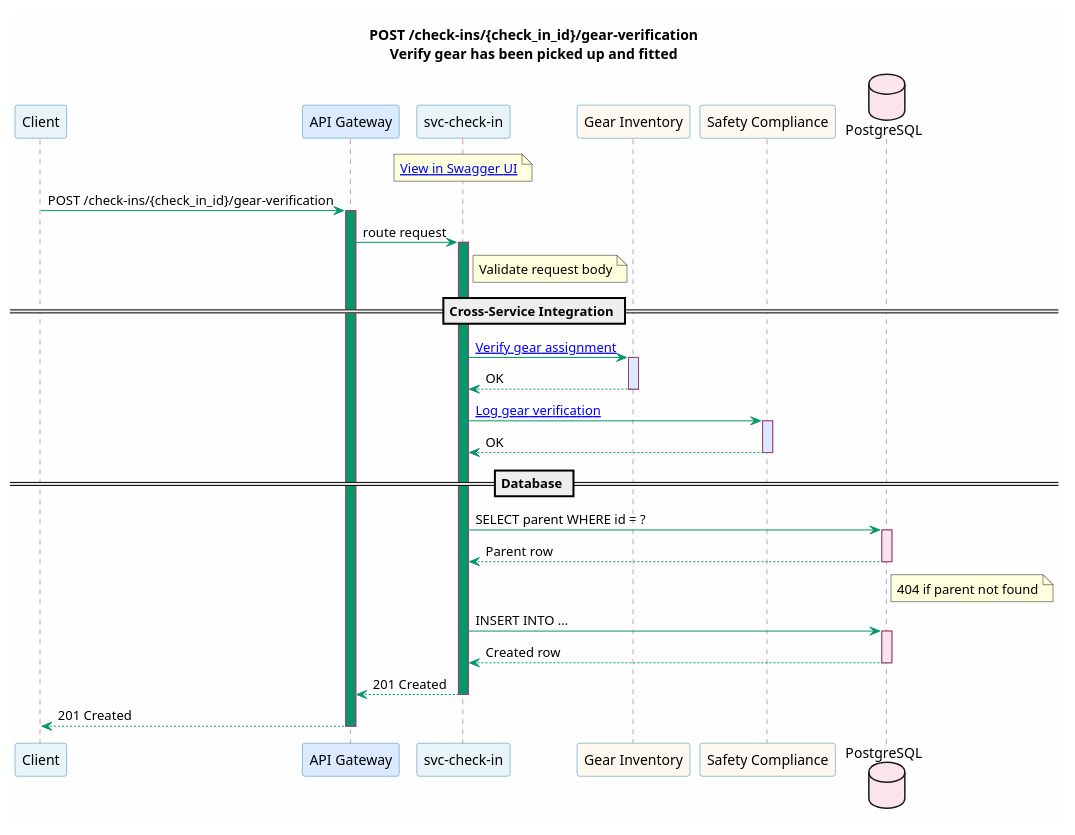
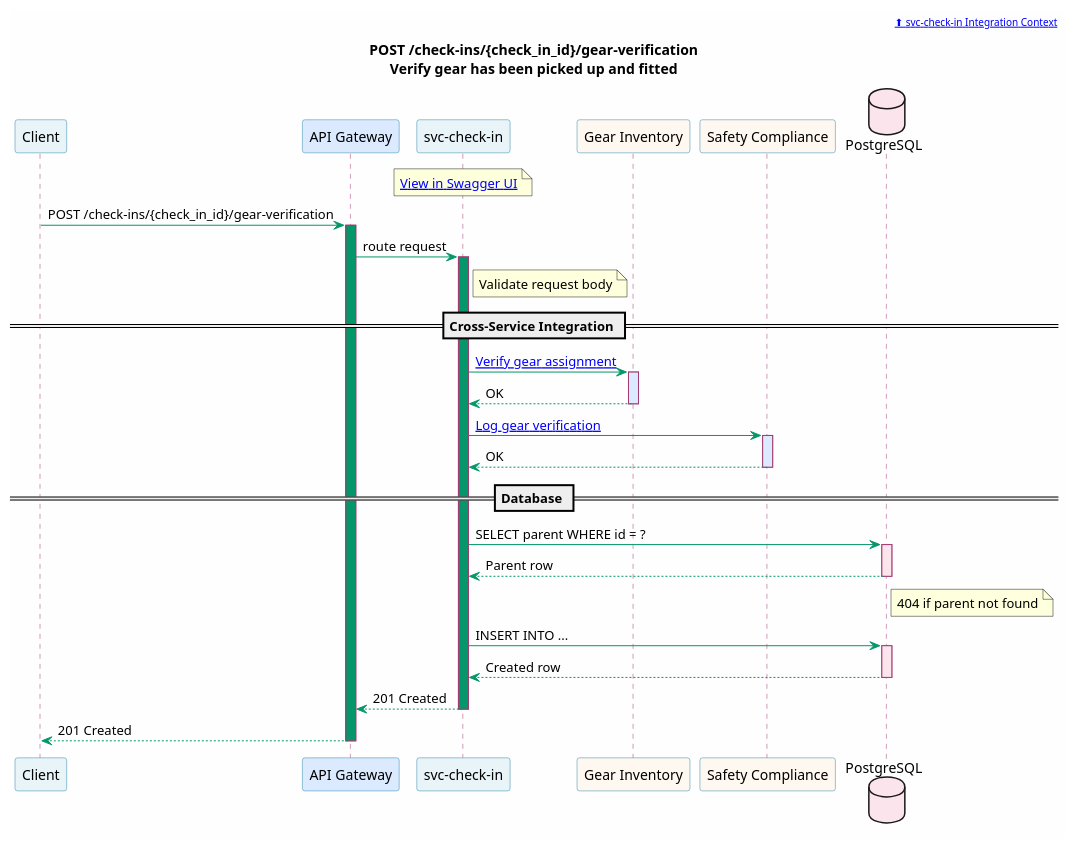
Before and after one commit to christopherblaisdell/continuous-architecture-platform-poc: the diagram in portal/docs/microservices/puml/svc-check-in--post-check-ins-check_in_id-gear-verification.puml, drawn with PlantUML. The commit also changed 733 other files, not shown here.

First line of the commit message:
Deployed. Every diagram now has a clickable ⬆ parent breadcrumb in the header. The full navigation chain:

```diff
--- a/portal/docs/microservices/puml/svc-check-in--post-check-ins-check_in_id-gear-verification.puml
+++ b/portal/docs/microservices/puml/svc-check-in--post-check-ins-check_in_id-gear-verification.puml
@@ -1,67 +1,69 @@
 @startuml svc-check-in--post-check-ins-check_in_id-gear-verification
 
 skinparam backgroundColor #FEFEFE
 skinparam shadowing false
 skinparam defaultFontName "Segoe UI"
 skinparam sequence {
     ArrowColor #059669
     ParticipantBorderColor #2E86AB
     ParticipantBackgroundColor #E8F4F8
     LifeLineBorderColor #A23B72
     BoxBorderColor #F18F01
     BoxBackgroundColor #FFF8F0
     NoteBorderColor #c77b30
     NoteBackgroundColor #FEF3E7
 }
+
+header [[/microservices/svc-check-in/#integration-context ⬆ svc-check-in Integration Context]]
 
 title POST /check-ins/{check_in_id}/gear-verification\nVerify gear has been picked up and fitted
 
 participant "Client" as Client
 participant "API Gateway" as GW #DBEAFE
 participant "svc-check-in" as Svc [[/microservices/svc-check-in/]] #E8F4F8
 participant "Gear Inventory" as Gear [[/microservices/svc-gear-inventory/]] #FFF8F0
 participant "Safety Compliance" as Safety [[/microservices/svc-safety-compliance/]] #FFF8F0
 database "PostgreSQL" as DB #FCE4EC
 
 note over Svc
   [[/services/api/svc-check-in.html#/Check-Ins/verifyGear View in Swagger UI]]
 end note
 
 Client -> GW : POST /check-ins/{check_in_id}/gear-verification
 activate GW #059669
 GW -> Svc : route request
 activate Svc #059669
 
 note right of Svc : Validate request body
 
 == Cross-Service Integration ==
 
 Svc -> Gear : [[/microservices/svc-gear-inventory/#get-gear-assignmentsassignment_id-get-gear-assignment-details Verify gear assignment]]
 activate Gear #DBEAFE
 Gear --> Svc : OK
 deactivate Gear
 
 Svc -> Safety : [[/microservices/svc-safety-compliance/#post-incidents-file-an-incident-report Log gear verification]]
 activate Safety #DBEAFE
 Safety --> Svc : OK
 deactivate Safety
 
 == Database ==
 
 Svc -> DB : SELECT parent WHERE id = ?
 activate DB #FCE4EC
 DB --> Svc : Parent row
 deactivate DB
 note right of DB : 404 if parent not found
 
 Svc -> DB : INSERT INTO ...
 activate DB #FCE4EC
 DB --> Svc : Created row
 deactivate DB
 
 Svc --> GW : 201 Created
 deactivate Svc
 GW --> Client : 201 Created
 deactivate GW
 
 @enduml
```
